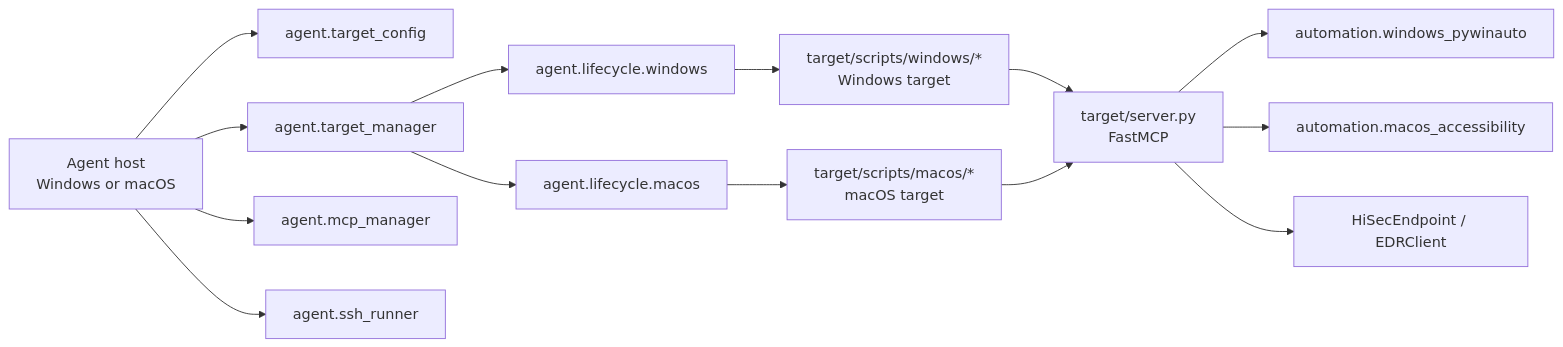
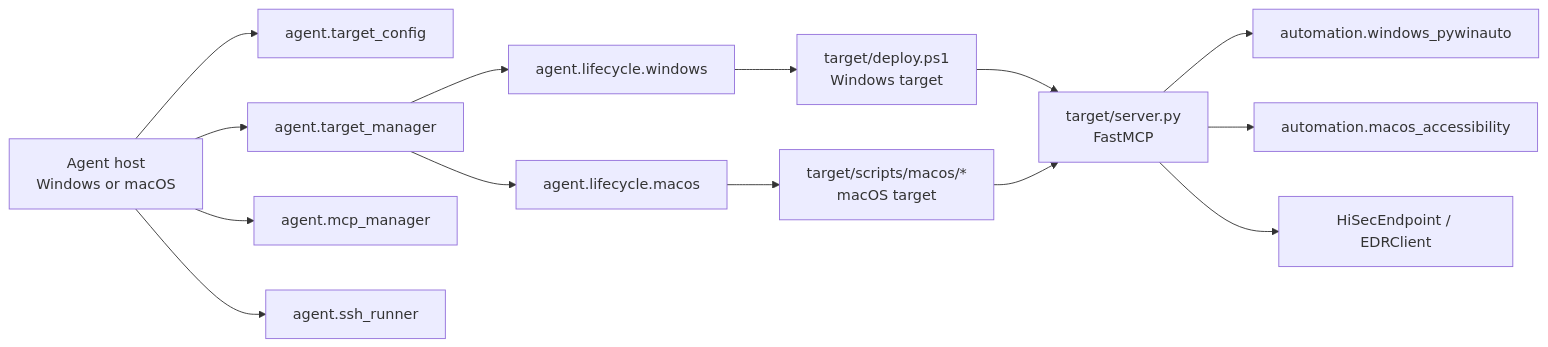
One commit to whlandy/edr-wd changed the diagram in SKILL.md. Above: the diagram before and after it, drawn with Mermaid. The commit also changed other lines of this file and 8 other files, not shown here.

Commit message:
Refine deploy flow and baseline tests

````diff
--- a/SKILL.md
+++ b/SKILL.md
@@ -31,16 +31,16 @@
 ```mermaid
 flowchart LR
   Agent[Agent host\nWindows or macOS] --> TC[agent.target_config]
   Agent --> TM[agent.target_manager]
   Agent --> MM[agent.mcp_manager]
   Agent --> SSH[agent.ssh_runner]
   TM --> WL[agent.lifecycle.windows]
   TM --> ML[agent.lifecycle.macos]
-  WL --> W1[target/scripts/windows/*\nWindows target]
+  WL --> W1[target/deploy.ps1\nWindows target]
   ML --> M1[target/scripts/macos/*\nmacOS target]
   W1 --> S[target/server.py\nFastMCP]
   M1 --> S
   S --> WB[automation.windows_pywinauto]
   S --> MB[automation.macos_accessibility]
   S --> GUI[HiSecEndpoint / EDRClient]
 ```
````
